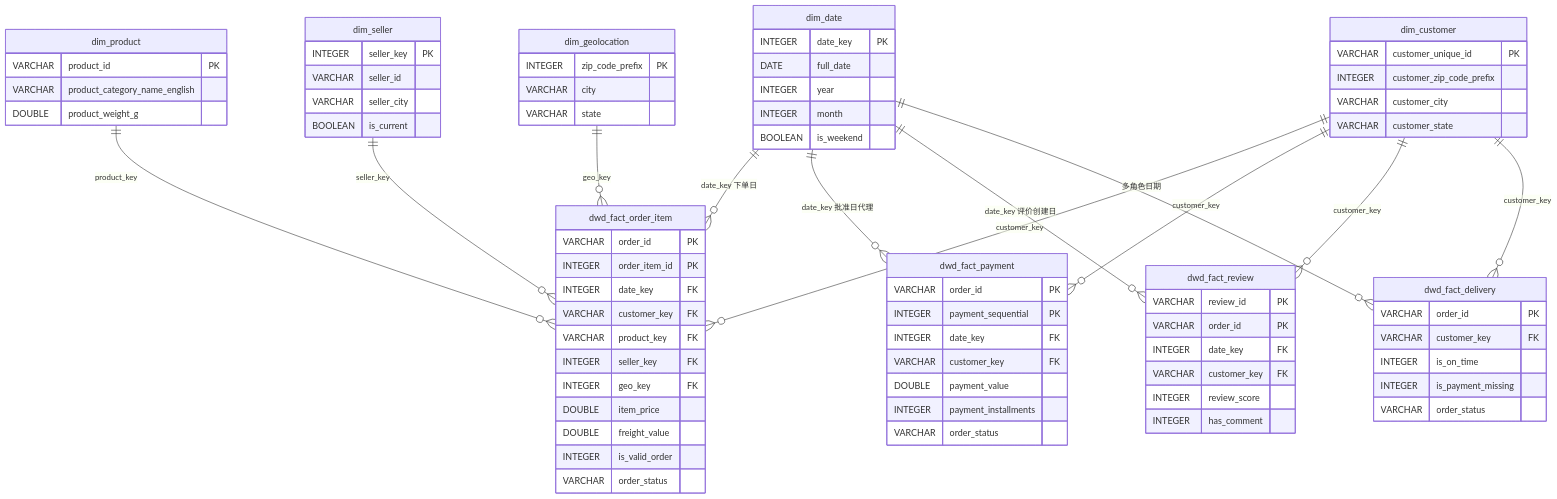
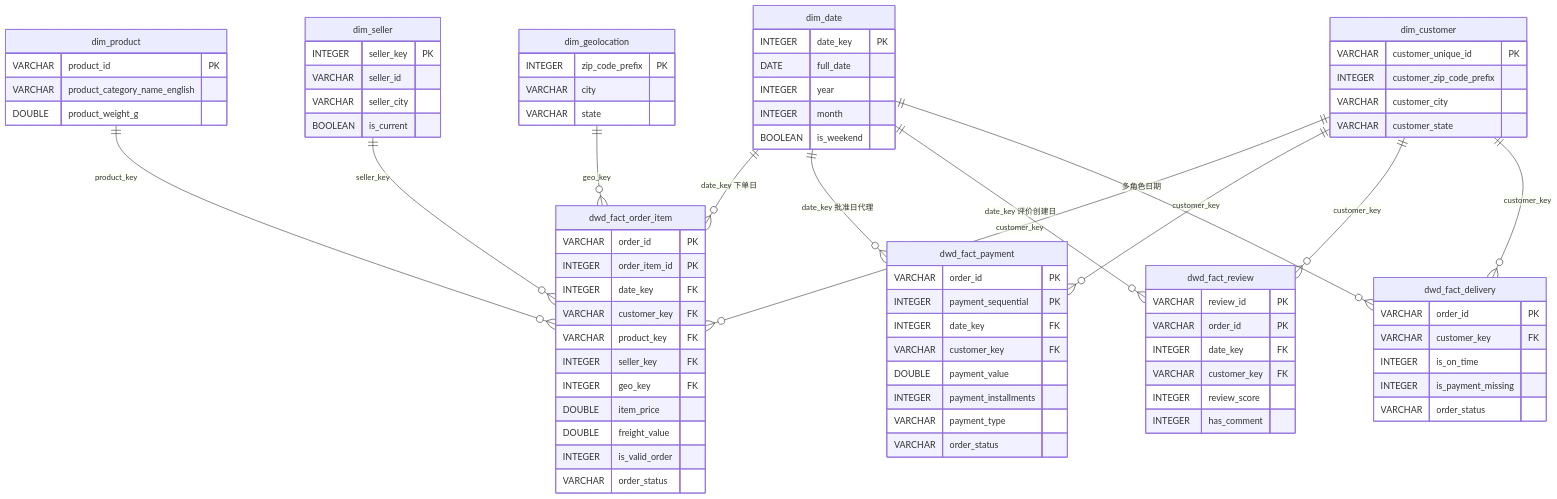
The diagram in docs/modeling.md (hss-11/ecommerce-dw), drawn with Mermaid before and after one commit. The commit also changed other lines of this file and 1 other file, not shown here.

````diff
--- a/docs/modeling.md
+++ b/docs/modeling.md
@@ -158,81 +158,82 @@
 ```mermaid
 erDiagram
     dim_date ||--o{ dwd_fact_order_item: "date_key 下单日"
     dim_date ||--o{ dwd_fact_payment:"date_key 批准日代理"
     dim_date ||--o{ dwd_fact_review : "date_key 评价创建日"
     dim_date ||--o{ dwd_fact_delivery : "多角色日期"
     dim_customer ||--o{ dwd_fact_order_item: "customer_key"
     dim_customer ||--o{ dwd_fact_payment: "customer_key"
     dim_customer ||--o{ dwd_fact_review: "customer_key"
     dim_customer ||--o{ dwd_fact_delivery: "customer_key"
     dim_product ||--o{ dwd_fact_order_item : "product_key"
     dim_seller ||--o{ dwd_fact_order_item : "seller_key"
     dim_geolocation ||--o{ dwd_fact_order_item: "geo_key"
 
     dim_date {
         INTEGER date_key PK
         DATE full_date
         INTEGER year
         INTEGER month
         BOOLEAN is_weekend
     }
     dim_customer {
         VARCHAR customer_unique_id PK
         INTEGER customer_zip_code_prefix
         VARCHAR customer_city
         VARCHAR customer_state
     }
     dim_product {
         VARCHAR product_id PK
         VARCHAR product_category_name_english
         DOUBLE product_weight_g
     }
     dim_seller {
         INTEGER seller_key PK
         VARCHAR seller_id
         VARCHAR seller_city
         BOOLEAN is_current
     }
     dim_geolocation {
         INTEGER zip_code_prefix PK
         VARCHAR city
         VARCHAR state
     }
     dwd_fact_order_item {
         VARCHAR order_id PK
         INTEGER order_item_id PK
         INTEGER date_key FK
         VARCHAR customer_key FK
         VARCHAR product_key FK
         INTEGER seller_key FK
         INTEGER geo_key FK
         DOUBLE item_price
         DOUBLE freight_value
         INTEGER is_valid_order
         VARCHAR order_status
     }
     dwd_fact_payment {
         VARCHAR order_id PK
         INTEGER payment_sequential PK
         INTEGER date_key FK
         VARCHAR customer_key FK
         DOUBLE payment_value
         INTEGER payment_installments
+        VARCHAR payment_type
         VARCHAR order_status
     }
     dwd_fact_review {
         VARCHAR review_id PK
         VARCHAR order_id PK
         INTEGER date_key FK
         VARCHAR customer_key FK
         INTEGER review_score
         INTEGER has_comment
     }
     dwd_fact_delivery {
         VARCHAR order_id PK
         VARCHAR customer_key FK
         INTEGER is_on_time
         INTEGER is_payment_missing
         VARCHAR order_status
     }
 ```
````
